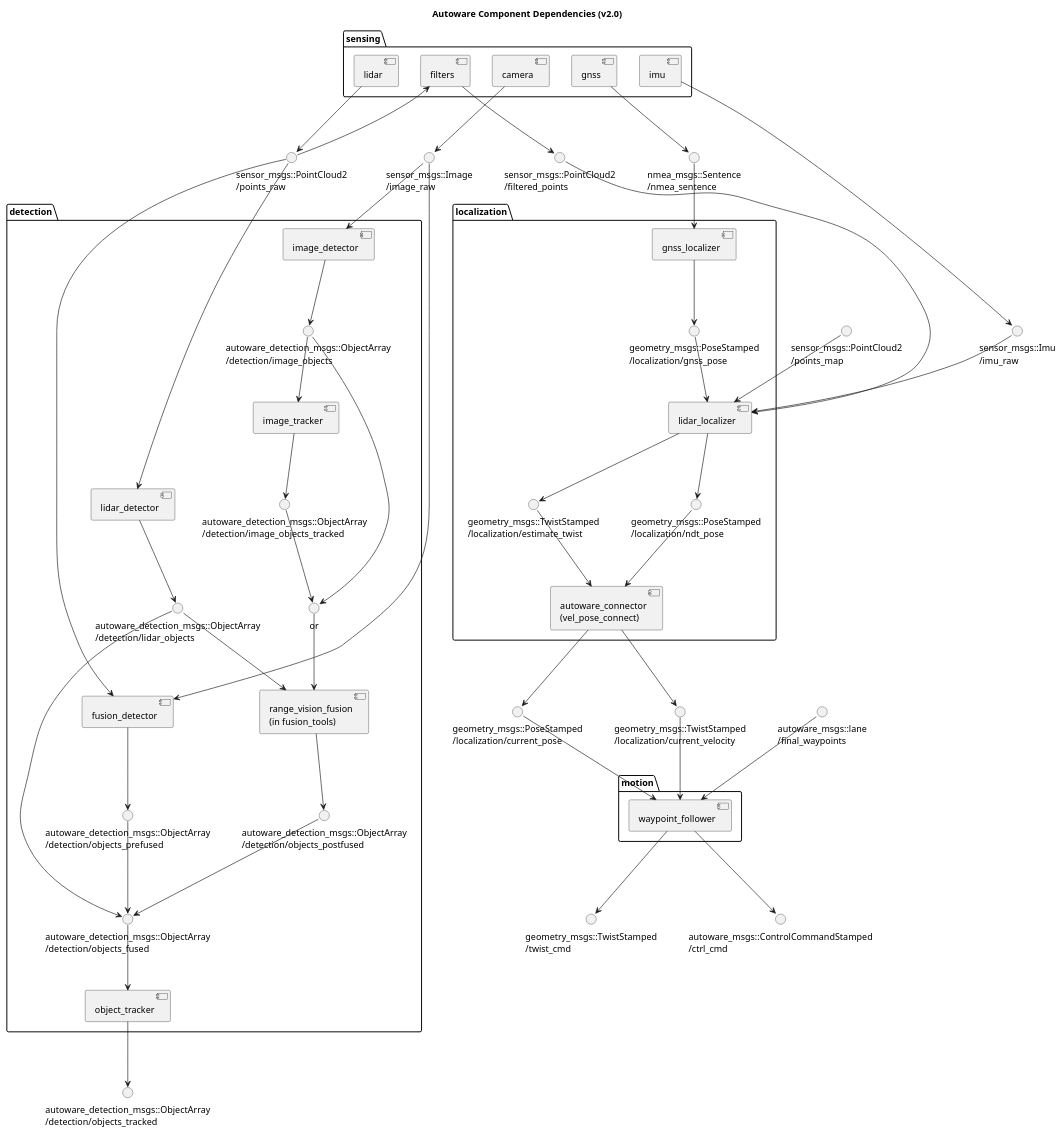
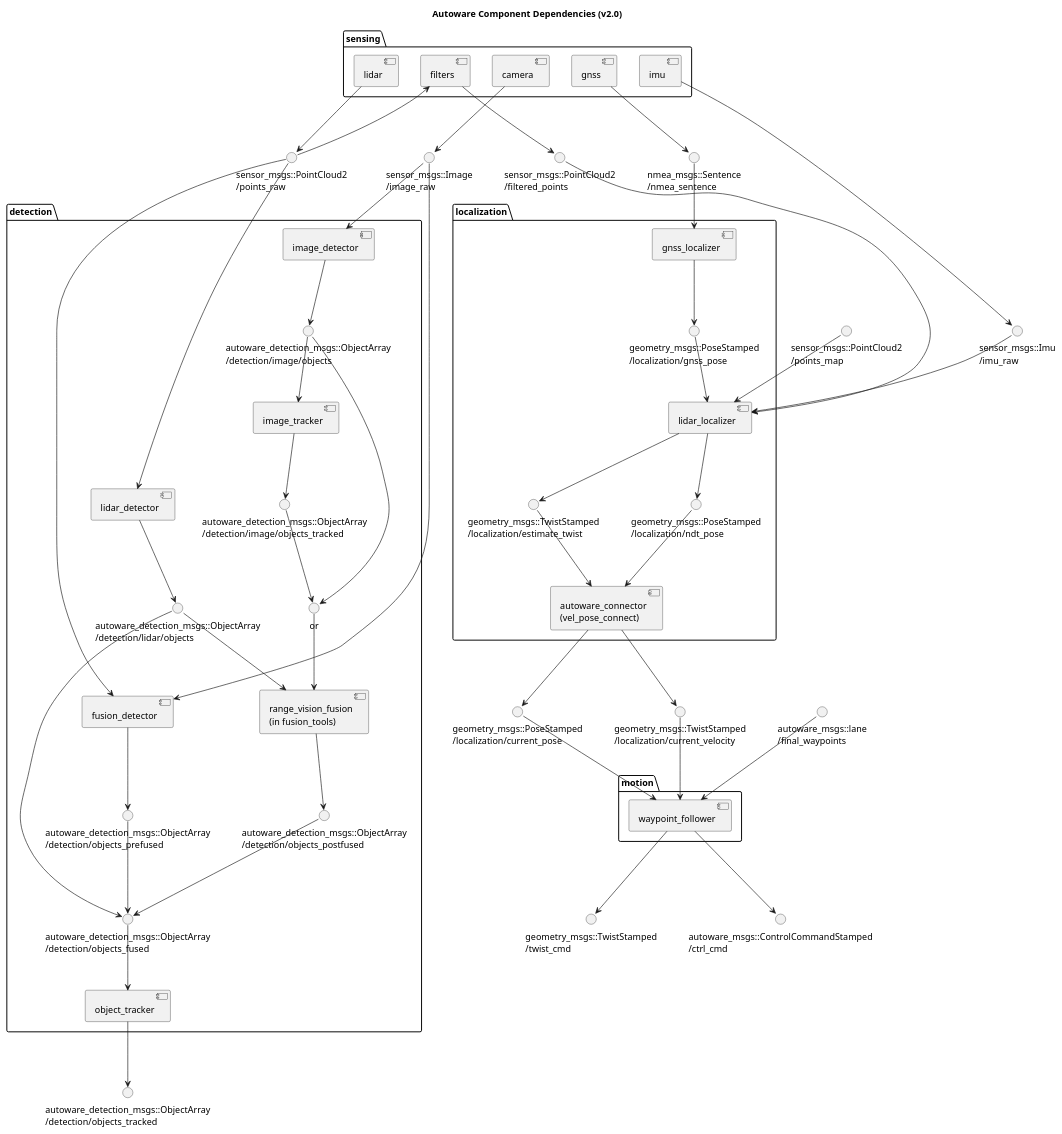
Before and after one commit to heyuliang/Autoware: the diagram in docs/architecture/ComponentDiagram.pu, drawn with PlantUML.

Commit message:
Rename {image,lidar}_objects to {image,lidar}/objects

```diff
--- a/docs/architecture/ComponentDiagram.pu
+++ b/docs/architecture/ComponentDiagram.pu
@@ -1,154 +1,154 @@
 @startuml
 
 title Autoware Component Dependencies (v2.0)
 
 () "sensor_msgs::Image\n/image_raw" as image_raw
 () "sensor_msgs::PointCloud2\n/points_raw" as points_raw
 () "sensor_msgs::PointCloud2\n/filtered_points" as filtered_points
 () "sensor_msgs::Imu\n/imu_raw" as imu_raw 
 () "nmea_msgs::Sentence\n/nmea_sentence" as nmea_sentence
 
 folder sensing {
     [camera]
     'outputs
     camera --> image_raw
 
     [lidar]
     'outputs
     lidar --> points_raw
 
     [filters]
     'inputs
     points_raw --> filters
     'outputs
     filters --> filtered_points
 
     [imu]
     'outputs
     imu --> imu_raw
 
     [gnss]
     'outputs
     gnss --> nmea_sentence
 }
 
 () "autoware_detection_msgs::ObjectArray\n/detection/objects_tracked" as objects_tracked
 '() "autoware_detection_msgs::TrafficLight\n/detection/traffic_light_color" as traffic_light_color
 
 folder detection {
-    () "autoware_detection_msgs::ObjectArray\n/detection/image_objects" as detected_objects_vision
-    () "autoware_detection_msgs::ObjectArray\n/detection/image_objects_tracked" as image_objects_tracked
+    () "autoware_detection_msgs::ObjectArray\n/detection/image/objects" as detected_objects_vision
+    () "autoware_detection_msgs::ObjectArray\n/detection/image/objects_tracked" as image_objects_tracked
     () "or" as image_objects
-    () "autoware_detection_msgs::ObjectArray\n/detection/lidar_objects" as detected_objects_lidar
+    () "autoware_detection_msgs::ObjectArray\n/detection/lidar/objects" as detected_objects_lidar
     () "autoware_detection_msgs::ObjectArray\n/detection/objects_postfused" as detected_objects_combined
     () "autoware_detection_msgs::ObjectArray\n/detection/objects_prefused" as detected_objects_fused
     () "autoware_detection_msgs::ObjectArray\n/detection/objects_fused" as objects_fused
 
     [image_detector]
     'inputs
     image_raw --> image_detector
     'outputs
     image_detector --> detected_objects_vision
 
     [image_tracker]
     'inputs
     detected_objects_vision --> image_tracker
     'outputs
     image_tracker --> image_objects_tracked
 
     [lidar_detector]
     'inputs
     points_raw --> lidar_detector
     'outputs
     lidar_detector --> detected_objects_lidar
 
     [fusion_detector]
     'inputs
     image_raw --> fusion_detector
     points_raw --> fusion_detector
     'outputs
     fusion_detector --> detected_objects_fused
 
     [range_vision_fusion\n(in fusion_tools)] as fusion_tools
     'inputs
     image_objects --> fusion_tools
     detected_objects_lidar --> fusion_tools
     'outputs
     fusion_tools --> detected_objects_combined
 
     'connection
     detected_objects_vision --> image_objects
     image_objects_tracked --> image_objects
 
     detected_objects_lidar --> objects_fused
     detected_objects_combined --> objects_fused
     detected_objects_fused --> objects_fused
 
     [object_tracker]
     'inputs
     objects_fused --> object_tracker
     'outputs
     object_tracker --> objects_tracked
 
     '[trafficlight_recognizer]
     'inputs
     'image_raw --> trafficlight_recognizer
     'outputs
     'trafficlight_recognizer --> traffic_light_color
 }
 
 'lidar_localizer
 () "sensor_msgs::PointCloud2\n/points_map" as points_map
 
 'vel_pose_connect
 () "geometry_msgs::PoseStamped\n/localization/current_pose" as current_pose
 () "geometry_msgs::TwistStamped\n/localization/current_velocity" as current_velocity
 
 folder localization {
     () "geometry_msgs::PoseStamped\n/localization/gnss_pose" as gnss_pose
     () "geometry_msgs::TwistStamped\n/localization/estimate_twist" as estimate_twist
     () "geometry_msgs::PoseStamped\n/localization/ndt_pose" as ndt_pose
 
     [gnss_localizer]
     'inputs
     nmea_sentence --> gnss_localizer
     'outputs
     gnss_localizer --> gnss_pose
 
     [lidar_localizer]
     'inputs
     gnss_pose --> lidar_localizer
     filtered_points --> lidar_localizer
     points_map --> lidar_localizer
     imu_raw --> lidar_localizer
     'outputs
     lidar_localizer --> estimate_twist
     lidar_localizer --> ndt_pose
 
     [autoware_connector\n(vel_pose_connect)] as vel_pose_connect
     'inputs
     estimate_twist --> vel_pose_connect
     ndt_pose --> vel_pose_connect
     'outputs
     vel_pose_connect --> current_pose
     vel_pose_connect --> current_velocity
 
     '[dead_reckoner] @ Autoware v2.0
 }
 
 () "autoware_msgs::lane\n/final_waypoints" as final_waypoints
 () "geometry_msgs::TwistStamped\n/twist_cmd" as twist_cmd
 () "autoware_msgs::ControlCommandStamped\n/ctrl_cmd" as ctrl_cmd
 
 folder motion {
     [waypoint_follower]
     'inputs
     current_pose --> waypoint_follower
     current_velocity --> waypoint_follower
     final_waypoints --> waypoint_follower
     'outputs
     waypoint_follower --> twist_cmd
     waypoint_follower --> ctrl_cmd
 }
 
 @enduml
```
